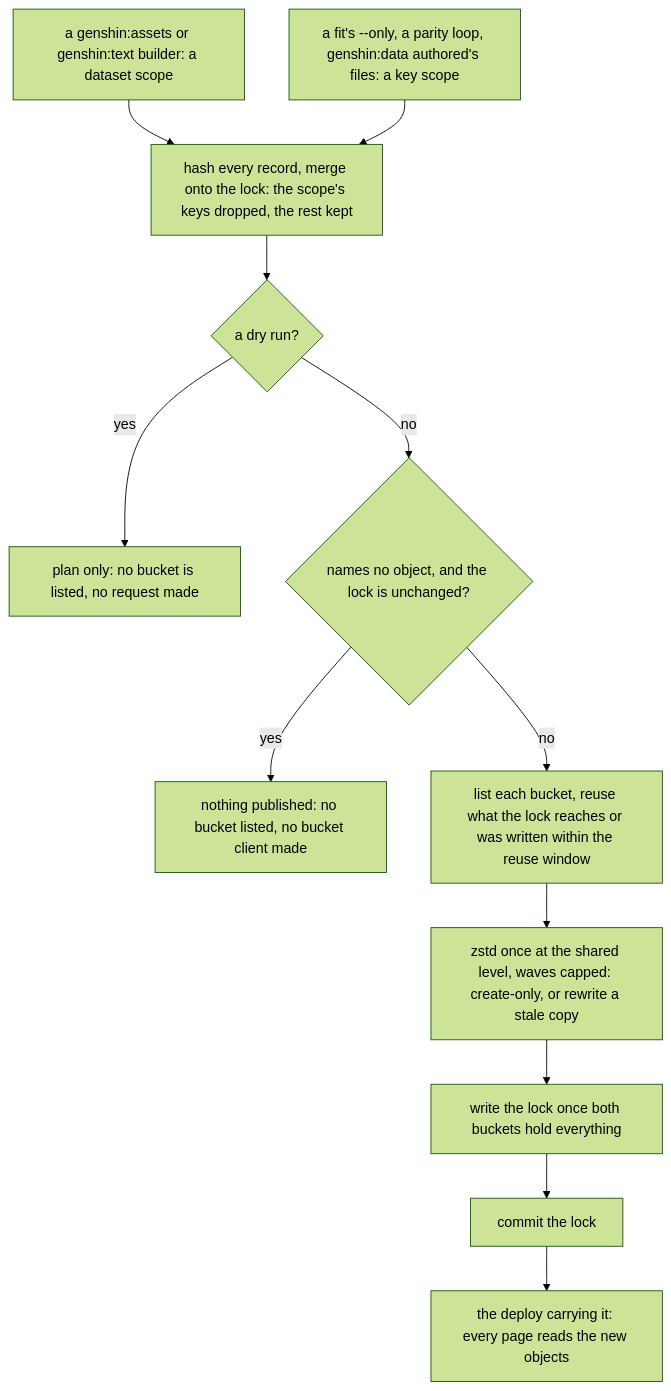
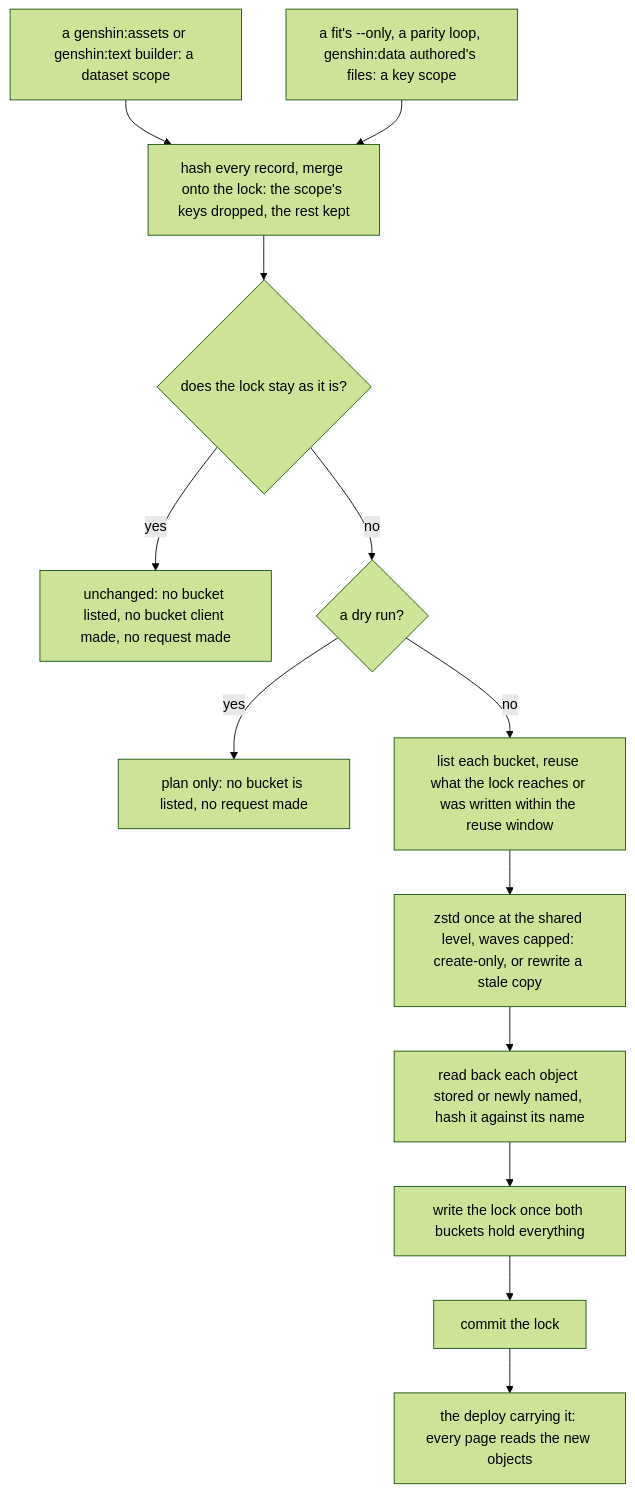
Before and after one commit to Esposter/Esposter: the third of 5 diagrams in openspec/specs/genshin/hosted-game-data/design.md, drawn with Mermaid (forest theme). The commit also changed other lines of this file and 16 other files, not shown here.

First line of the commit message:
fix(hosted-assets): a publish whose lock stays as it is makes no request, reads back only what its lock newly names, and aborts on a lost index of a scope it keeps

````diff
--- a/openspec/specs/genshin/hosted-game-data/design.md
+++ b/openspec/specs/genshin/hosted-game-data/design.md
@@ -99,14 +99,15 @@
 ```mermaid
 flowchart TD
   Dataset["a genshin:assets or genshin:text builder: a dataset scope"] --> Plan
   Key["a fit's --only, a parity loop, genshin:data authored's files: a key scope"] --> Plan
-  Plan["hash every record, merge onto the lock: the scope's keys dropped, the rest kept"] --> Dry{"a dry run?"}
+  Plan["hash every record, merge onto the lock: the scope's keys dropped, the rest kept"] --> Same{"does the lock stay as it is?"}
+  Same -->|yes| Nothing["unchanged: no bucket listed, no bucket client made, no request made"]
+  Same -->|no| Dry{"a dry run?"}
   Dry -->|yes| Skip["plan only: no bucket is listed, no request made"]
-  Dry -->|no| Empty{"names no object, and the lock is unchanged?"}
-  Empty -->|yes| Nothing["nothing published: no bucket listed, no bucket client made"]
-  Empty -->|no| Reach["list each bucket, reuse what the lock reaches or was written within the reuse window"]
+  Dry -->|no| Reach["list each bucket, reuse what the lock reaches or was written within the reuse window"]
   Reach --> Upload["zstd once at the shared level, waves capped: create-only, or rewrite a stale copy"]
-  Upload --> Write["write the lock once both buckets hold everything"]
+  Upload --> Verify["read back each object stored or newly named, hash it against its name"]
+  Verify --> Write["write the lock once both buckets hold everything"]
   Write --> Commit["commit the lock"]
   Commit --> Deploy["the deploy carrying it: every page reads the new objects"]
 ```
````
